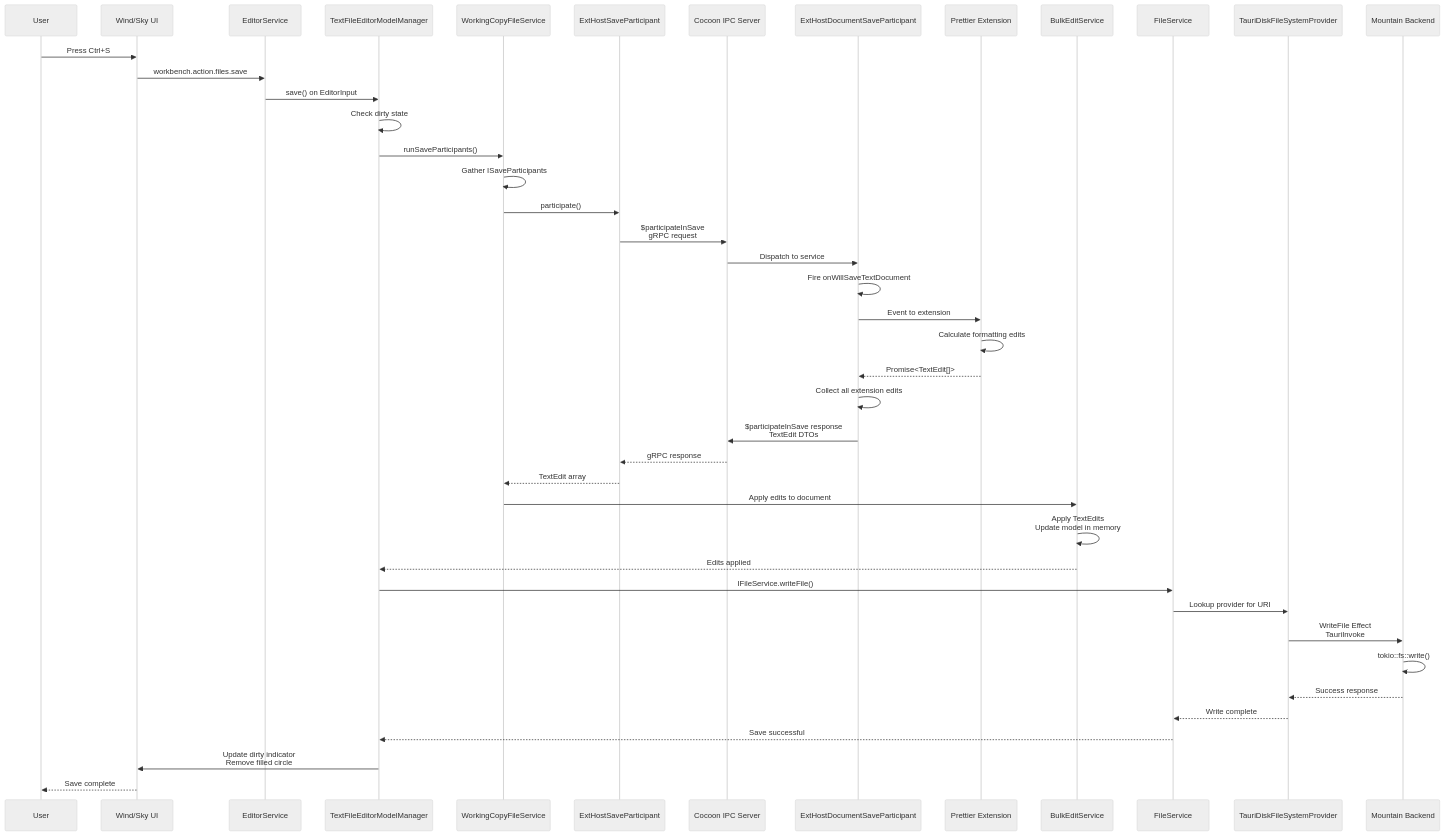
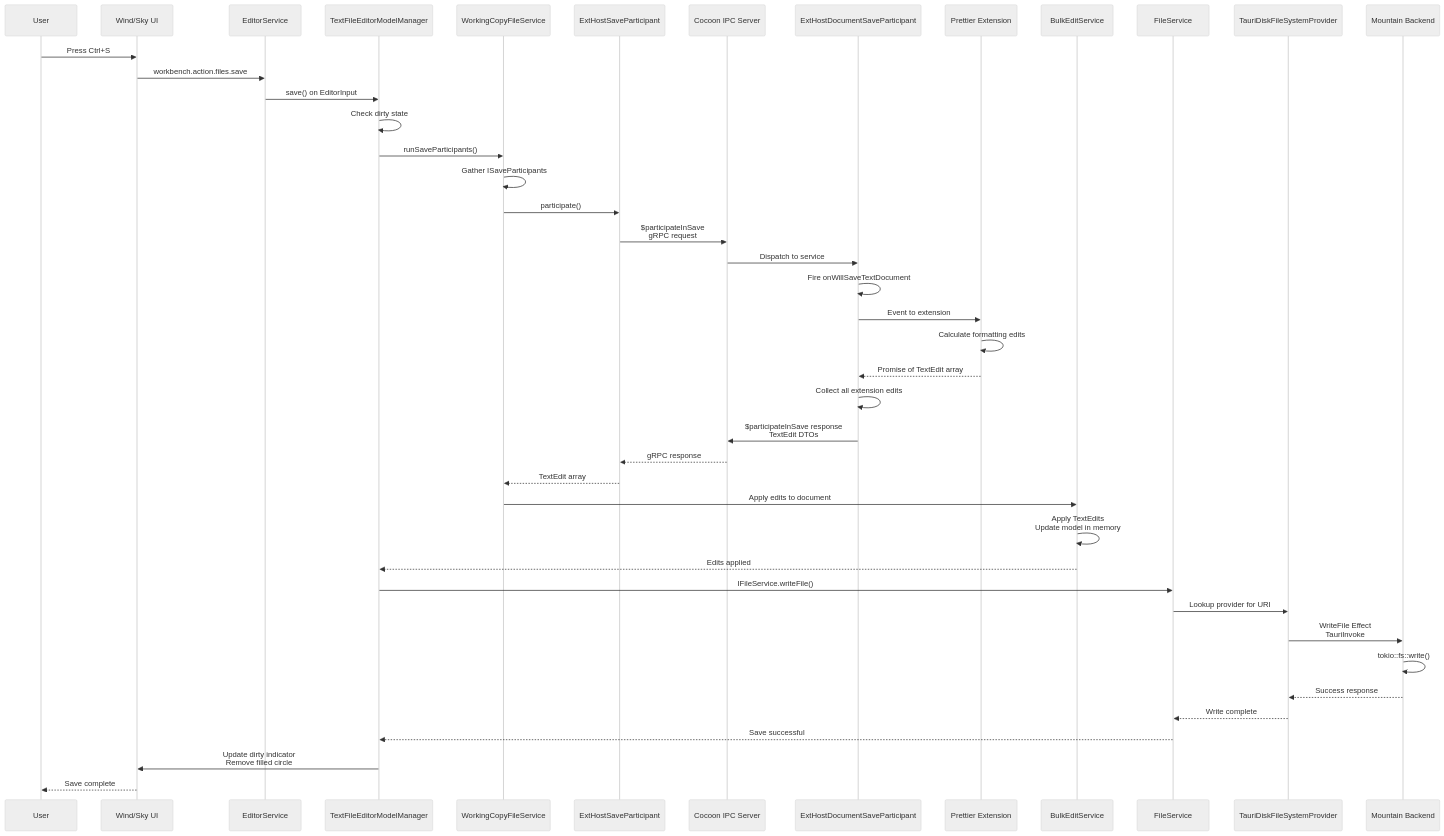
The diagram in Documentation/GitHub/Workflow/SavingAFileWithSaveParticipants.md (CodeEditorLand/Land), drawn with Mermaid (neutral theme) before and after one commit. The commit also changed other lines of this file and 28 other files, not shown here.

````diff
--- a/Documentation/GitHub/Workflow/SavingAFileWithSaveParticipants.md
+++ b/Documentation/GitHub/Workflow/SavingAFileWithSaveParticipants.md
@@ -7,46 +28,46 @@
 ```mermaid
 sequenceDiagram
     participant User as User
     participant UI as Wind/Sky UI
     participant ES as EditorService
     participant TFEM as TextFileEditorModelManager
     participant WCF as WorkingCopyFileService
     participant EHS as ExtHostSaveParticipant
     participant CIP as Cocoon IPC Server
     participant EDSP as ExtHostDocumentSaveParticipant
     participant PE as Prettier Extension
     participant BES as BulkEditService
     participant FS as FileService
     participant TDFSP as TauriDiskFileSystemProvider
     participant Mnt as Mountain Backend
 
     User->>UI: Press Ctrl+S
     UI->>ES: workbench.action.files.save
     ES->>TFEM: save() on EditorInput
     TFEM->>TFEM: Check dirty state
     TFEM->>WCF: runSaveParticipants()
     WCF->>WCF: Gather ISaveParticipants
     WCF->>EHS: participate()
     EHS->>CIP: $participateInSave<br/>gRPC request
     CIP->>EDSP: Dispatch to service
     EDSP->>EDSP: Fire onWillSaveTextDocument
     EDSP->>PE: Event to extension
     PE->>PE: Calculate formatting edits
-    PE-->>EDSP: Promise<TextEdit[]>
+    PE-->>EDSP: Promise of TextEdit array
     EDSP->>EDSP: Collect all extension edits
     EDSP->>CIP: $participateInSave response<br/>TextEdit DTOs
     CIP-->>EHS: gRPC response
     EHS-->>WCF: TextEdit array
     WCF->>BES: Apply edits to document
     BES->>BES: Apply TextEdits<br/>Update model in memory
     BES-->>TFEM: Edits applied
     TFEM->>FS: IFileService.writeFile()
     FS->>TDFSP: Lookup provider for URI
     TDFSP->>Mnt: WriteFile Effect<br/>TauriInvoke
     Mnt->>Mnt: tokio::fs::write()
     Mnt-->>TDFSP: Success response
     TDFSP-->>FS: Write complete
     FS-->>TFEM: Save successful
     TFEM->>UI: Update dirty indicator<br/>Remove filled circle
     UI-->>User: Save complete
 ```
````
